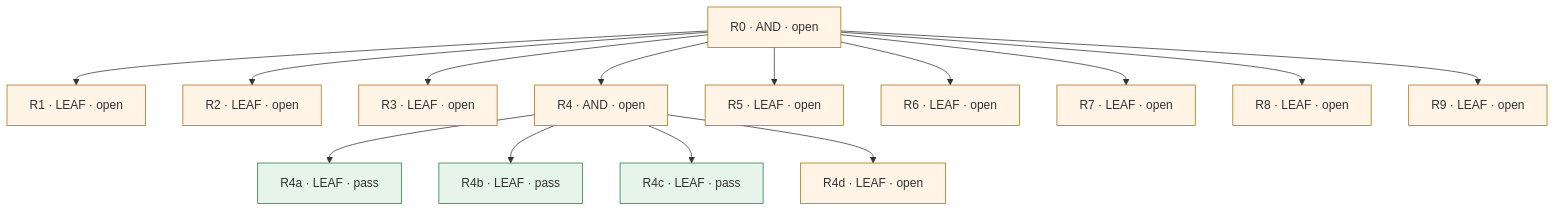
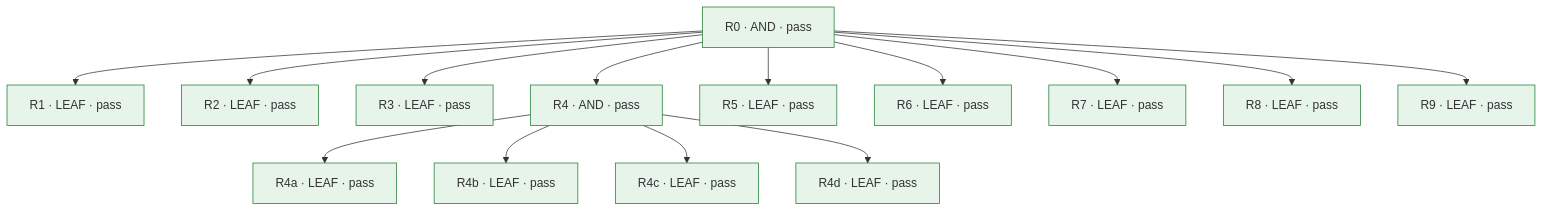
Before and after one commit to superluminal-jp/my-claude-code: the diagram in specs/068-skill-procedure-gaps/review-card.md, drawn with Mermaid. The commit also changed other lines of this file and 2 other files, not shown here.

Commit message:
docs: spec 068 の利用者の確認を記録し、gate が pass になる

````diff
--- a/specs/068-skill-procedure-gaps/review-card.md
+++ b/specs/068-skill-procedure-gaps/review-card.md
@@ -60,33 +42,33 @@
 ```mermaid
 flowchart TD
-  n0["R0 · AND · open"]:::open
-  n1["R1 · LEAF · open"]:::open
-  n2["R2 · LEAF · open"]:::open
-  n3["R3 · LEAF · open"]:::open
-  n4["R4 · AND · open"]:::open
+  n0["R0 · AND · pass"]:::pass
+  n1["R1 · LEAF · pass"]:::pass
+  n2["R2 · LEAF · pass"]:::pass
+  n3["R3 · LEAF · pass"]:::pass
+  n4["R4 · AND · pass"]:::pass
   n5["R4a · LEAF · pass"]:::pass
   n6["R4b · LEAF · pass"]:::pass
   n7["R4c · LEAF · pass"]:::pass
-  n8["R4d · LEAF · open"]:::open
-  n9["R5 · LEAF · open"]:::open
-  n10["R6 · LEAF · open"]:::open
-  n11["R7 · LEAF · open"]:::open
-  n12["R8 · LEAF · open"]:::open
-  n13["R9 · LEAF · open"]:::open
+  n8["R4d · LEAF · pass"]:::pass
+  n9["R5 · LEAF · pass"]:::pass
+  n10["R6 · LEAF · pass"]:::pass
+  n11["R7 · LEAF · pass"]:::pass
+  n12["R8 · LEAF · pass"]:::pass
+  n13["R9 · LEAF · pass"]:::pass
   n0 --> n1
   n0 --> n2
   n0 --> n3
   n0 --> n4
   n0 --> n9
   n0 --> n10
   n0 --> n11
   n0 --> n12
   n0 --> n13
   n4 --> n5
   n4 --> n6
   n4 --> n7
   n4 --> n8
   classDef pass fill:#e6f4ea,stroke:#1e7e34
   classDef fail fill:#fdecea,stroke:#b02a37
   classDef open fill:#fff4e5,stroke:#b36b00
 ```
````
